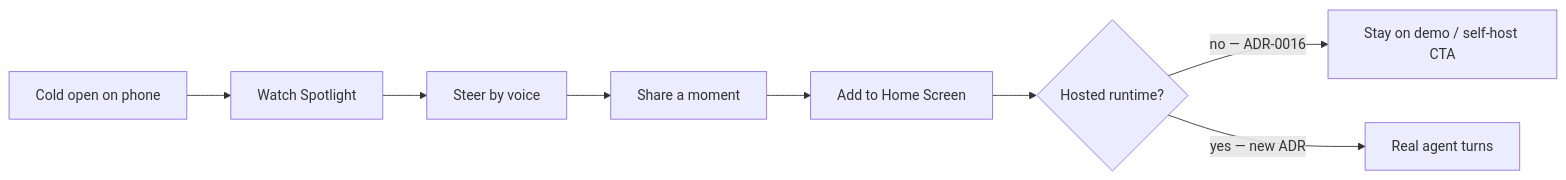
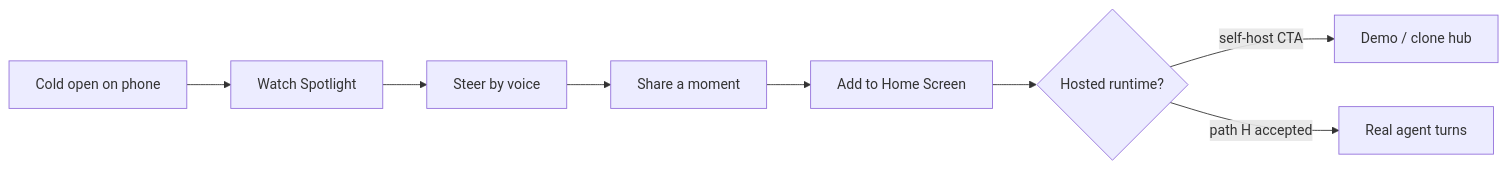
One commit to hhalperin/cline-drivecode changed the diagram in docs/drivecode/plans/cline-drivemode/initiatives/mobile-consumer/README.md. Above: the diagram before and after it, drawn with Mermaid. The commit also changed other lines of this file and 10 other files, not shown here.

````diff
--- a/docs/drivecode/plans/cline-drivemode/initiatives/mobile-consumer/README.md
+++ b/docs/drivecode/plans/cline-drivemode/initiatives/mobile-consumer/README.md
@@ -50,10 +52,10 @@
 ```mermaid
 flowchart LR
   Open[Cold open on phone] --> Watch[Watch Spotlight]
   Watch --> Steer[Steer by voice]
   Steer --> Share[Share a moment]
   Share --> Install[Add to Home Screen]
-  Install --> Hosted{Hosted runtime?}
-  Hosted -->|no — ADR-0016| Demo[Stay on demo / self-host CTA]
-  Hosted -->|yes — new ADR| Real[Real agent turns]
+  Install -->   Hosted{Hosted runtime?}
+  Hosted -->|self-host CTA| Demo[Demo / clone hub]
+  Hosted -->|path H accepted| Real[Real agent turns]
 ```
````
